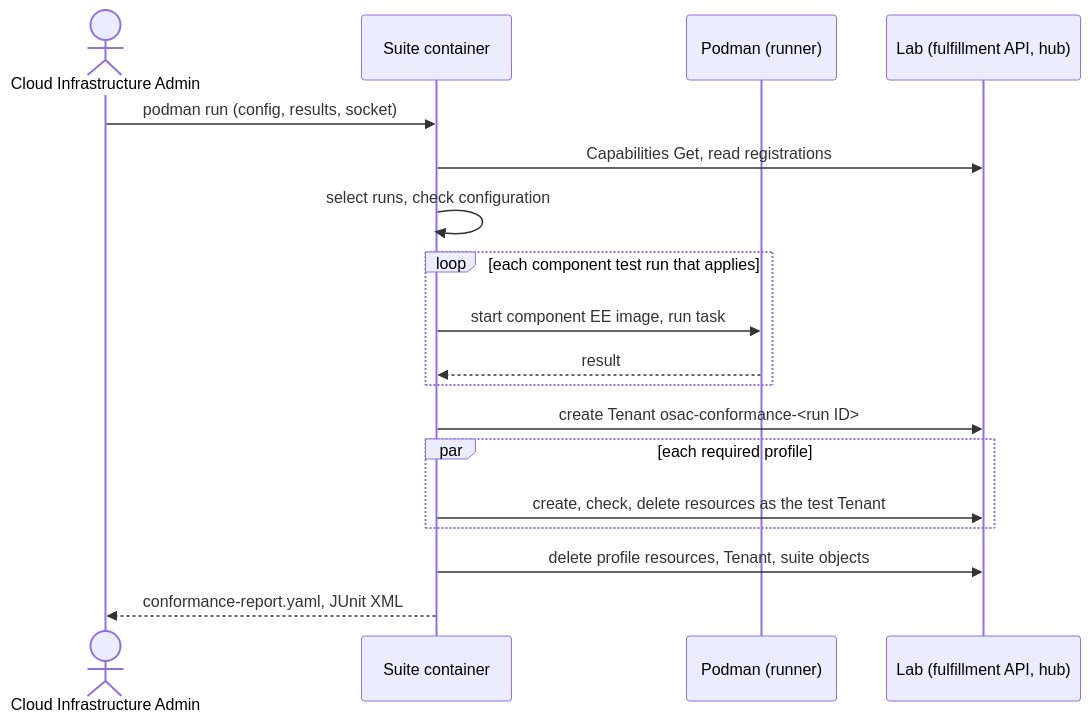
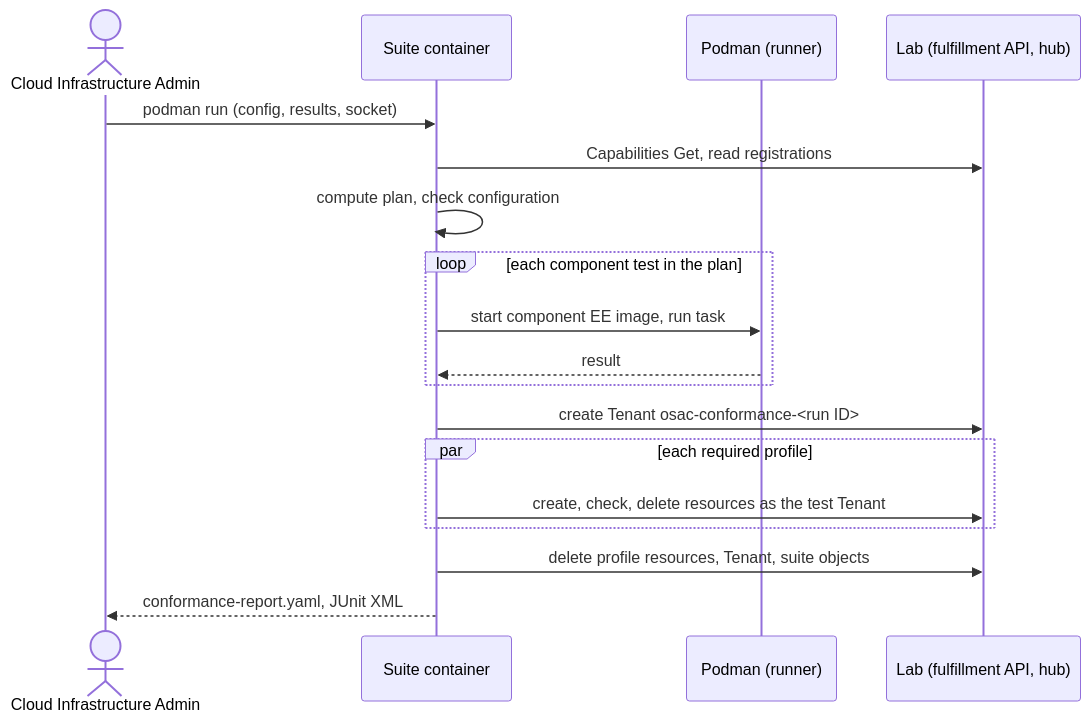
The second of 2 diagrams in enhancements/OSAC-7068-conformance-suite/design.md (osac-project/enhancement-proposals), drawn with Mermaid before and after one commit. The commit also changed other lines of this file and 5 other files, not shown here.

````diff
--- a/enhancements/OSAC-7068-conformance-suite/design.md
+++ b/enhancements/OSAC-7068-conformance-suite/design.md
@@ -101,20 +107,20 @@
 ```mermaid
 sequenceDiagram
     actor Admin as Cloud Infrastructure Admin
     participant Suite as Suite container
     participant Podman as Podman (runner)
     participant Lab as Lab (fulfillment API, hub)
     Admin->>Suite: podman run (config, results, socket)
     Suite->>Lab: Capabilities Get, read registrations
-    Suite->>Suite: select runs, check configuration
-    loop each component test run that applies
+    Suite->>Suite: compute plan, check configuration
+    loop each component test in the plan
         Suite->>Podman: start component EE image, run task
         Podman-->>Suite: result
     end
     Suite->>Lab: create Tenant osac-conformance-<run ID>
     par each required profile
         Suite->>Lab: create, check, delete resources as the test Tenant
     end
     Suite->>Lab: delete profile resources, Tenant, suite objects
     Suite-->>Admin: conformance-report.yaml, JUnit XML
 ```
````
